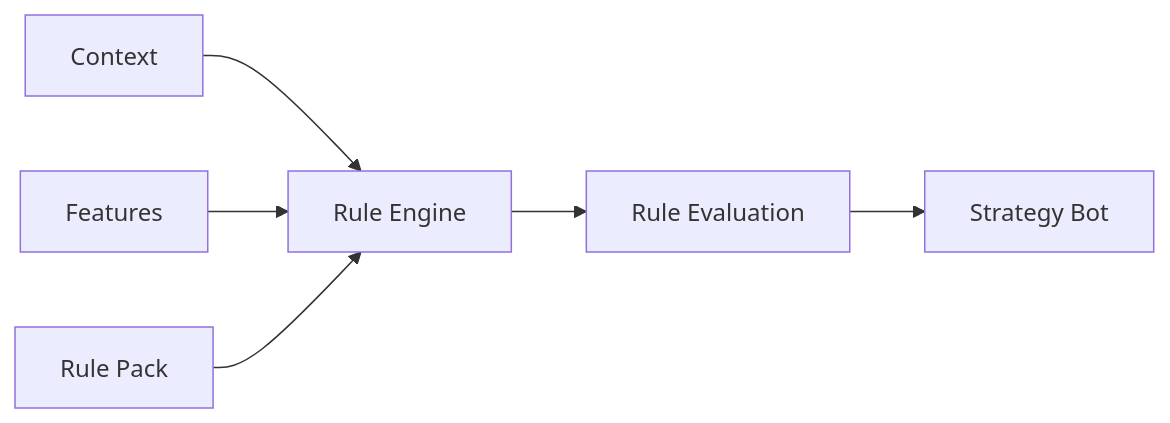
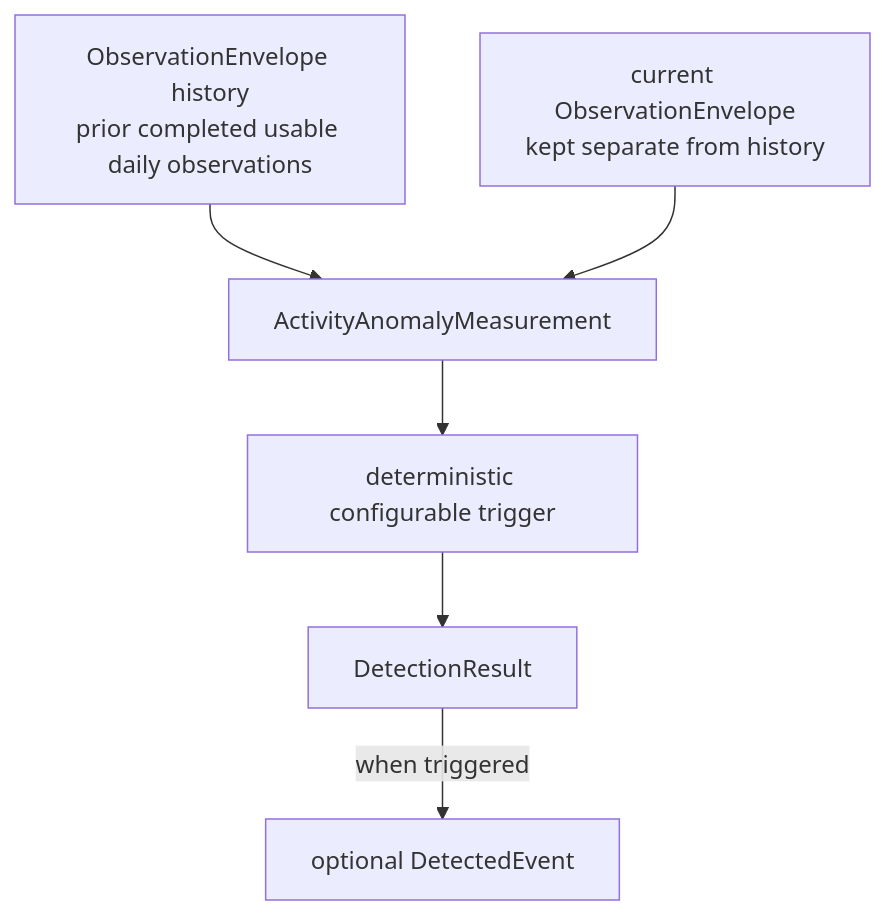
The second of 2 diagrams in docs/architecture/system-overview.md (Daxoniel/DX27-Trading-Engine), drawn with Mermaid before and after one commit. The commit also changed other lines of this file and 1 other file, not shown here.

Commit message:
docs: align DX27 architecture with Sentinel 6B-1

````diff
--- a/docs/architecture/system-overview.md
+++ b/docs/architecture/system-overview.md
@@ -954,23 +134,10 @@
 ```mermaid
-flowchart LR
-
-    Context["Context"]
-
-    Features["Features"]
-
-    Pack["Rule Pack"]
-
-    Engine["Rule Engine"]
-
-    Evaluation["Rule Evaluation"]
-
-    Bot["Strategy Bot"]
-
-    Context --> Engine
-    Features --> Engine
-    Pack --> Engine
-
-    Engine --> Evaluation
-
-    Evaluation --> Bot
+flowchart TB
+    History["ObservationEnvelope history<br/>prior completed usable daily observations"]
+    Current["current ObservationEnvelope<br/>kept separate from history"]
+    History --> Measurement["ActivityAnomalyMeasurement"]
+    Current --> Measurement
+    Measurement --> Trigger["deterministic configurable trigger"]
+    Trigger --> Result["DetectionResult"]
+    Result -->|"when triggered"| Event["optional DetectedEvent"]
 ```
````
